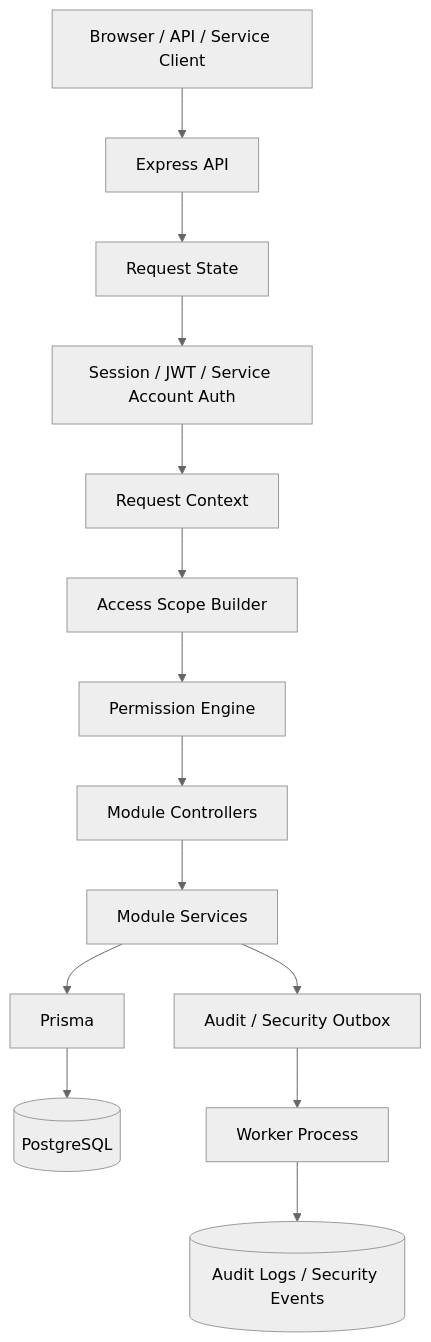
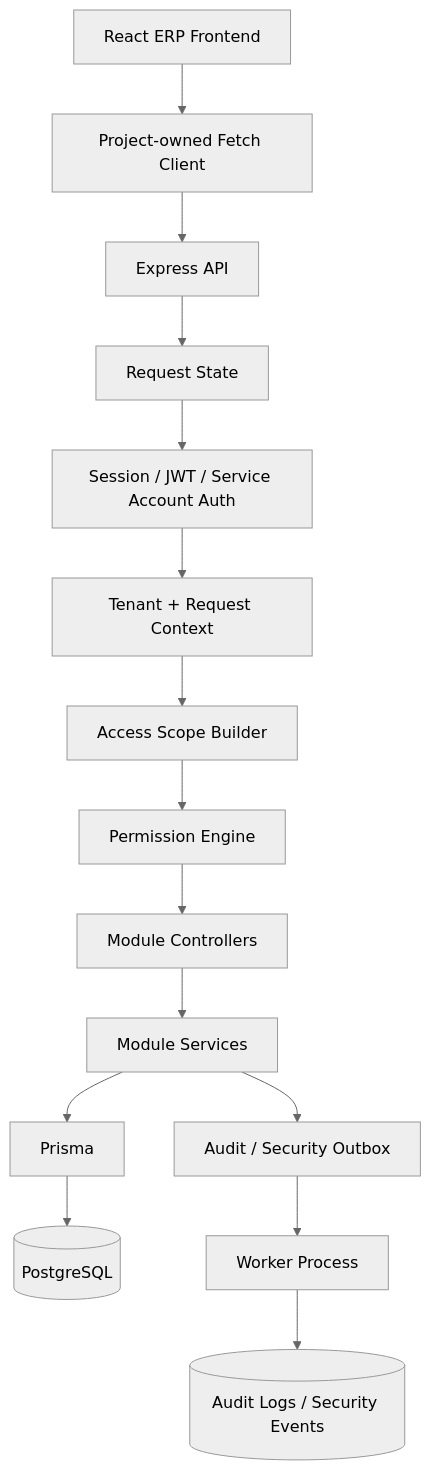
Before and after one commit to Mehmet-Aytac/enterprise-backend-foundation-case-study: the diagram in README.md, drawn with Mermaid (neutral theme). The commit also changed other lines of this file, not shown here.

Commit message:
docs: update case study for full-stack project evolution

````diff
--- a/README.md
+++ b/README.md
@@ -44,16 +66,17 @@
 ```mermaid
 flowchart TD
-    Client[Browser / API / Service Client] --> API[Express API]
+    Browser[React ERP Frontend] --> Client[Project-owned Fetch Client]
+    Client --> API[Express API]
     API --> State[Request State]
     State --> Auth[Session / JWT / Service Account Auth]
-    Auth --> Context[Request Context]
+    Auth --> Context[Tenant + Request Context]
     Context --> Scope[Access Scope Builder]
     Scope --> Permission[Permission Engine]
     Permission --> Controller[Module Controllers]
     Controller --> Service[Module Services]
     Service --> Prisma[Prisma]
     Prisma --> DB[(PostgreSQL)]
     Service --> Outbox[Audit / Security Outbox]
     Outbox --> Worker[Worker Process]
     Worker --> Audit[(Audit Logs / Security Events)]
 ```
````
